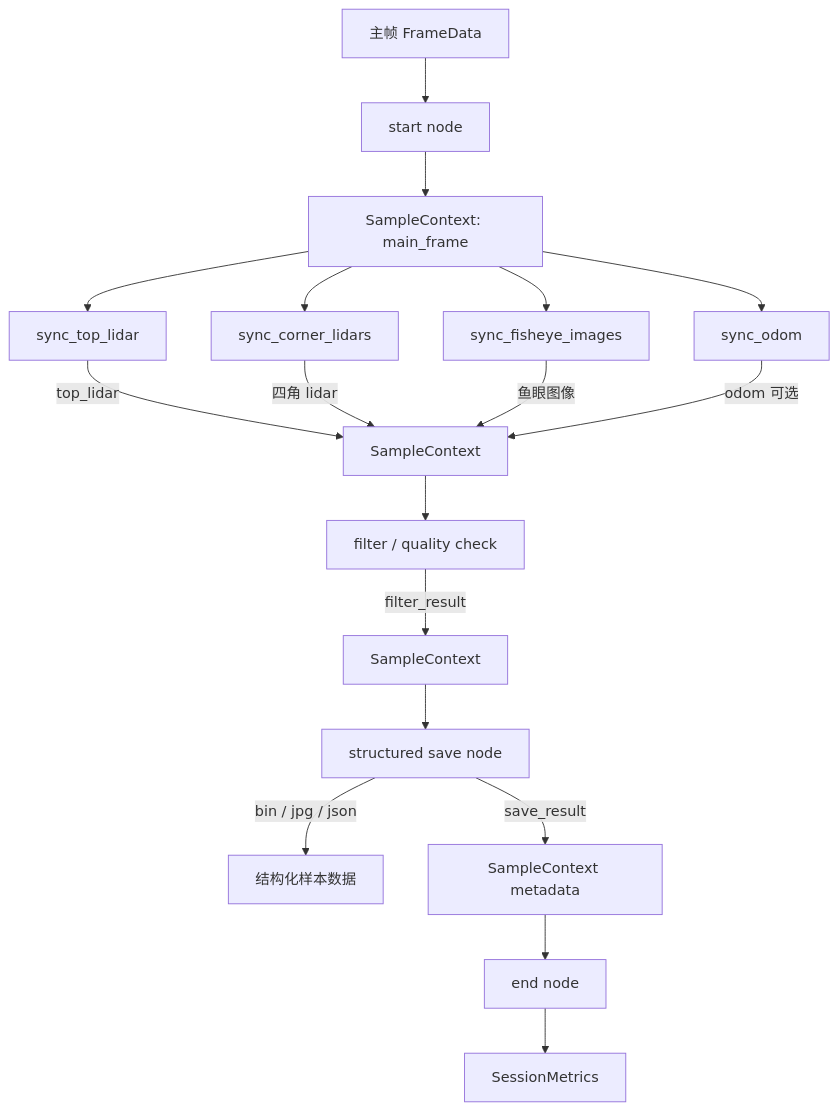
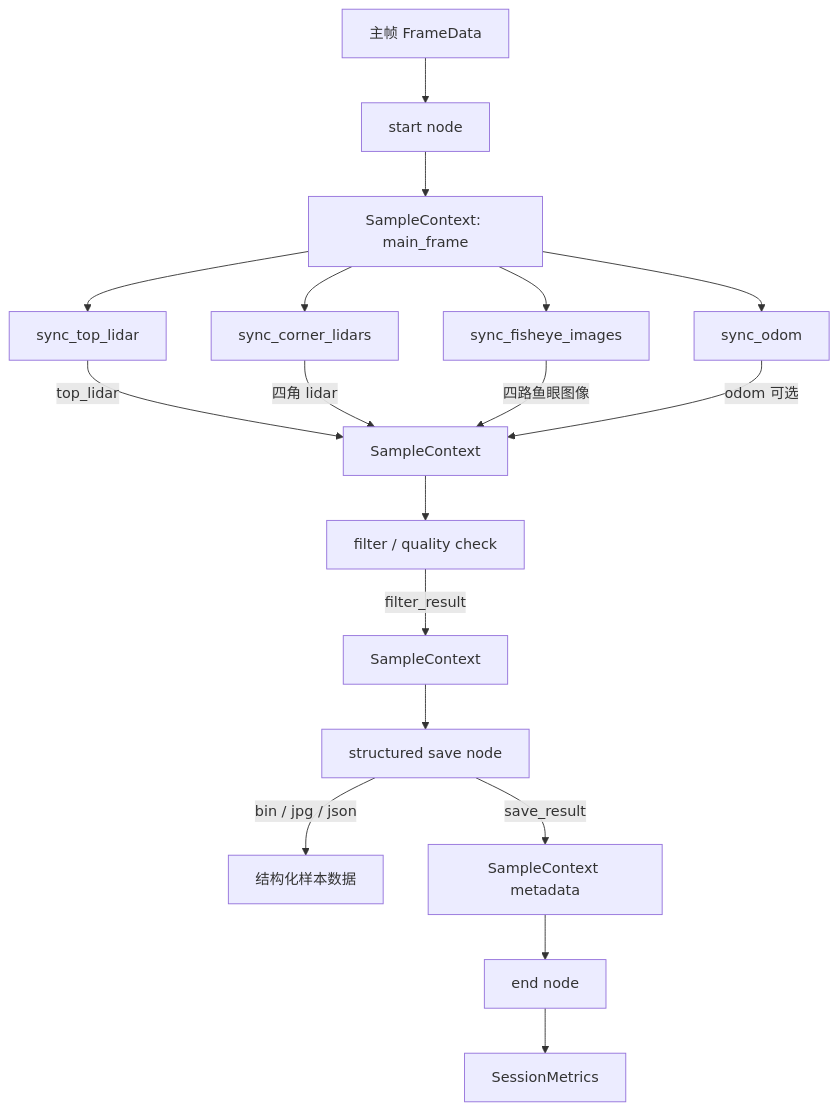
The third of 4 diagrams in docs/architecture.md (permanentchange/DataCollectDAG), drawn with Mermaid before and after one commit. The commit also changed other lines of this file, not shown here.

Commit message:
docs: refine architecture implementation boundaries

````diff
--- a/docs/architecture.md
+++ b/docs/architecture.md
@@ -162,25 +162,25 @@
 ```mermaid
 flowchart TD
     MainFrame[主帧 FrameData] --> StartNode[start node]
     StartNode --> Context0[SampleContext: main_frame]
 
     Context0 --> SyncTopLidar[sync_top_lidar]
     Context0 --> SyncCornerLidars[sync_corner_lidars]
     Context0 --> SyncFisheyeImages[sync_fisheye_images]
     Context0 --> SyncOdom[sync_odom]
 
     SyncTopLidar -->|top_lidar| Context1[SampleContext]
     SyncCornerLidars -->|四角 lidar| Context1
-    SyncFisheyeImages -->|鱼眼图像| Context1
+    SyncFisheyeImages -->|四路鱼眼图像| Context1
     SyncOdom -->|odom 可选| Context1
 
     Context1 --> FilterNode[filter / quality check]
     FilterNode -->|filter_result| Context2[SampleContext]
 
     Context2 --> SaveNode[structured save node]
     SaveNode -->|bin / jpg / json| StructuredOutput[结构化样本数据]
     SaveNode -->|save_result| Context3[SampleContext metadata]
 
     Context3 --> EndNode[end node]
     EndNode --> Metrics[SessionMetrics]
 ```
````
